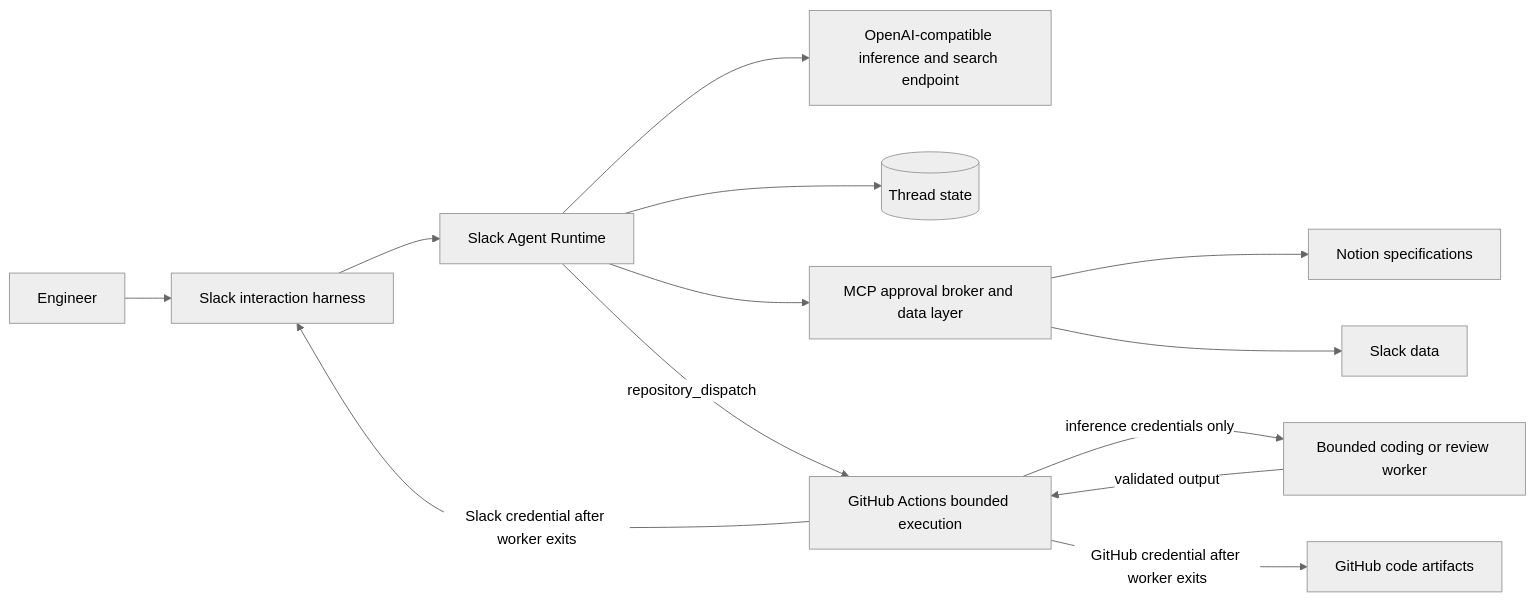
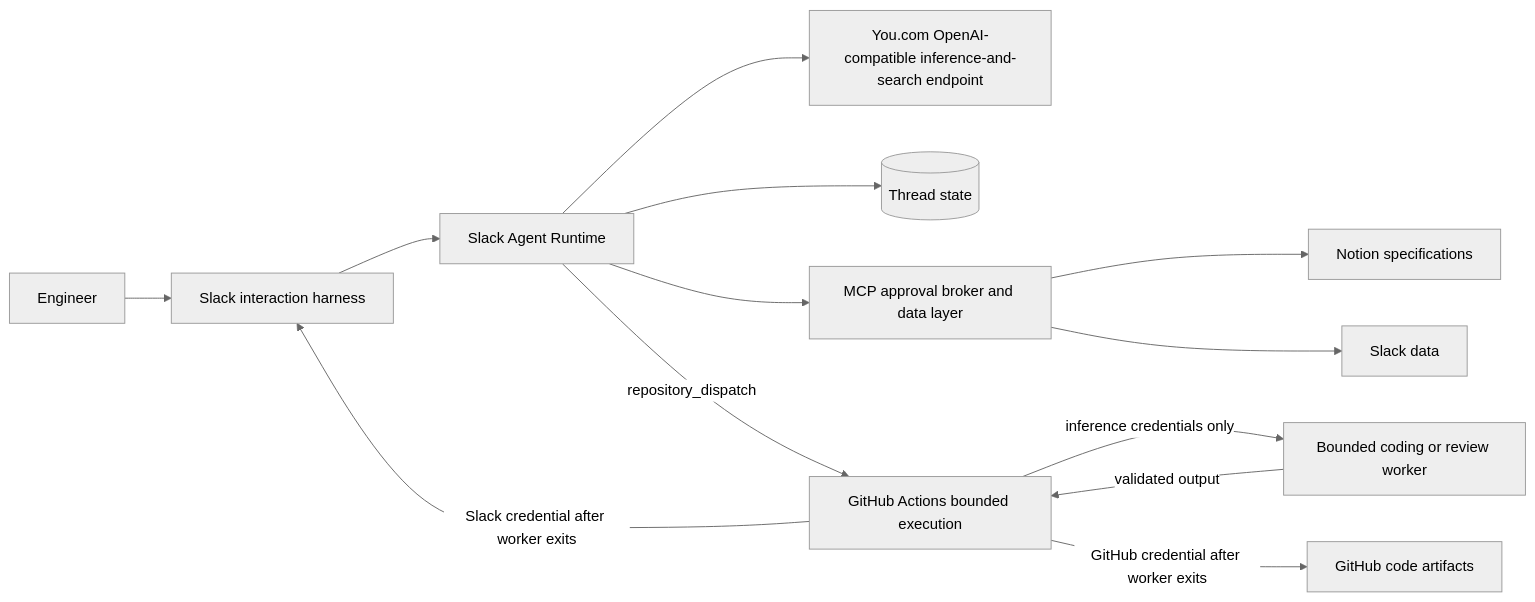
One commit to sakomws/slack-agent-runtime changed the first of 3 diagrams in README.md. Above: the diagram before and after it, drawn with Mermaid (neutral theme). The commit also changed other lines of this file and 1 other file, not shown here.

Commit message:
Clarify You.com inference endpoint

````diff
--- a/README.md
+++ b/README.md
@@ -22,15 +22,15 @@
 ```mermaid
 flowchart LR
     U[Engineer] --> S[Slack interaction harness]
     S --> R[Slack Agent Runtime]
-    R --> I[OpenAI-compatible inference and search endpoint]
+    R --> I[You.com OpenAI-compatible inference-and-search endpoint]
     R --> T[(Thread state)]
     R --> M[MCP approval broker and data layer]
     M --> N[Notion specifications]
     M --> SD[Slack data]
     R -->|repository_dispatch| A[GitHub Actions bounded execution]
     A -->|inference credentials only| W[Bounded coding or review worker]
     W -->|validated output| A
     A -->|GitHub credential after worker exits| G[GitHub code artifacts]
     A -->|Slack credential after worker exits| S
 ```
````
